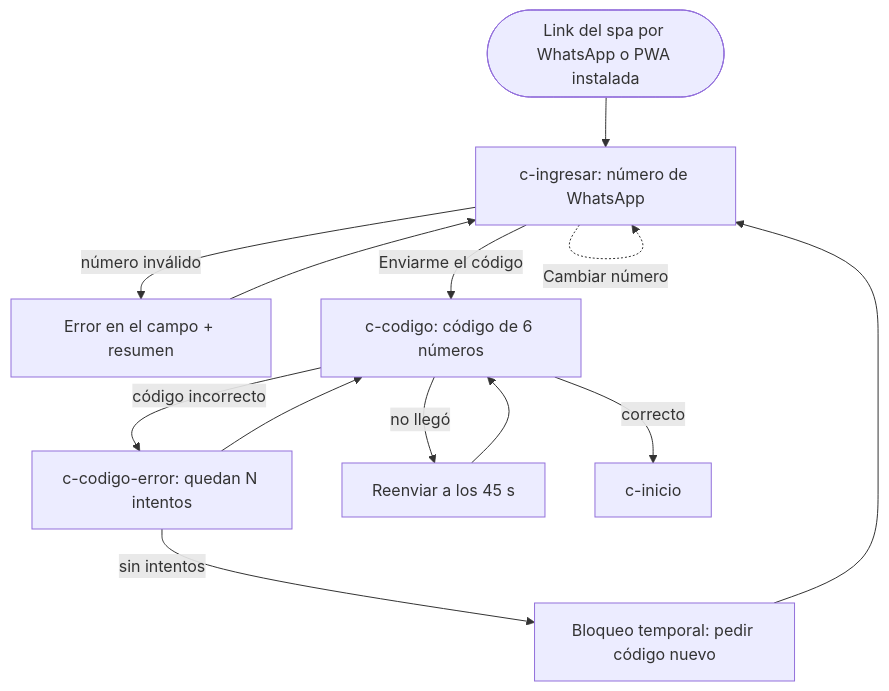
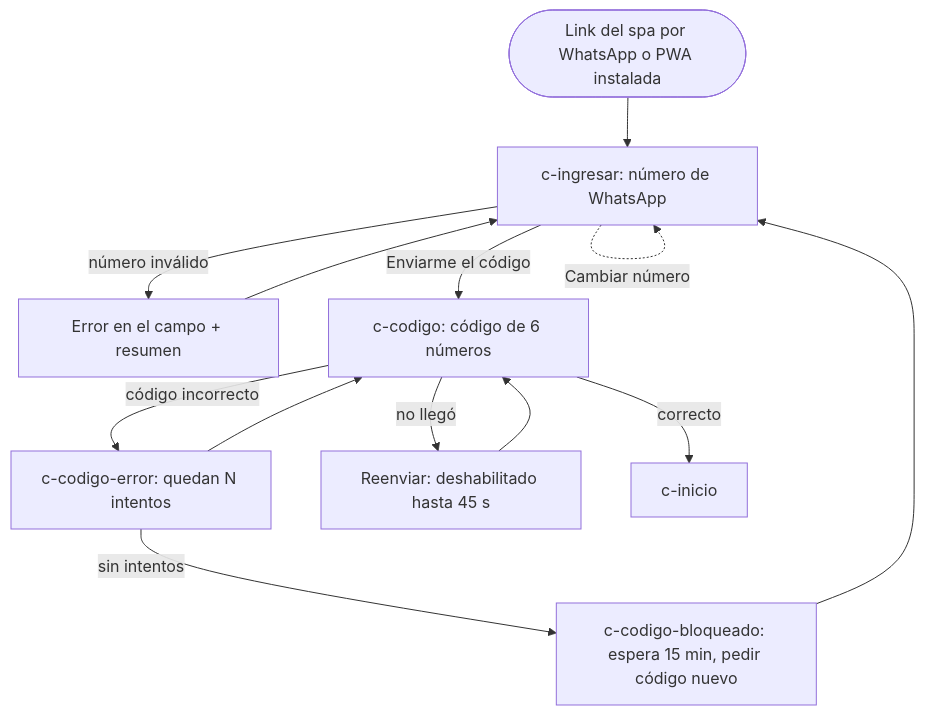
One commit to gm2dev/coop-agents-design changed the first of 8 diagrams in initiatives/spa-reservas-mvp/flows.md. Above: the diagram before and after it, drawn with Mermaid. The commit also changed other lines of this file and 44 other files, not shown here.

````diff
--- a/initiatives/spa-reservas-mvp/flows.md
+++ b/initiatives/spa-reservas-mvp/flows.md
@@ -8,11 +8,11 @@
 ```mermaid
 flowchart TD
   A([Link del spa por WhatsApp o PWA instalada]) --> B[c-ingresar: número de WhatsApp]
   B -->|número inválido| B1[Error en el campo + resumen] --> B
   B -->|Enviarme el código| C[c-codigo: código de 6 números]
   C -->|código incorrecto| C1[c-codigo-error: quedan N intentos] --> C
-  C -->|no llegó| C2[Reenviar a los 45 s] --> C
-  C1 -->|sin intentos| C3[Bloqueo temporal: pedir código nuevo] --> B
+  C -->|no llegó| C2[Reenviar: deshabilitado hasta 45 s] --> C
+  C1 -->|sin intentos| C3[c-codigo-bloqueado: espera 15 min, pedir código nuevo] --> B
   C -->|correcto| D[c-inicio]
   B -.->|Cambiar número| B
 ```
````
